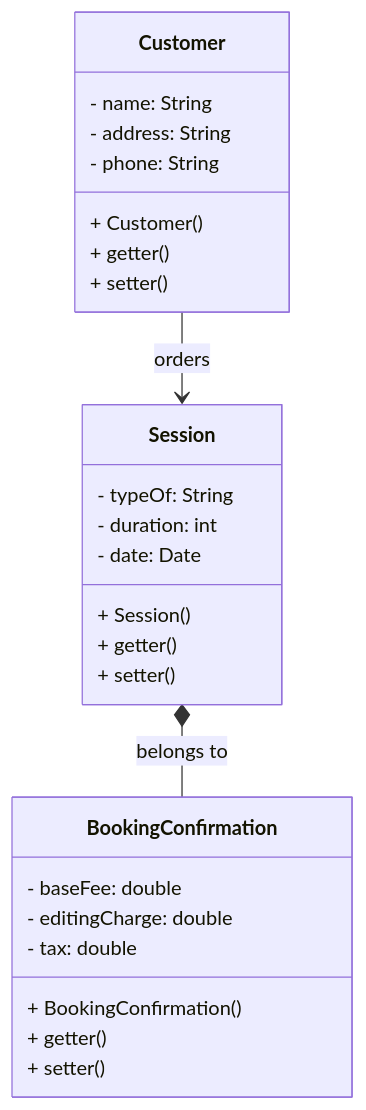
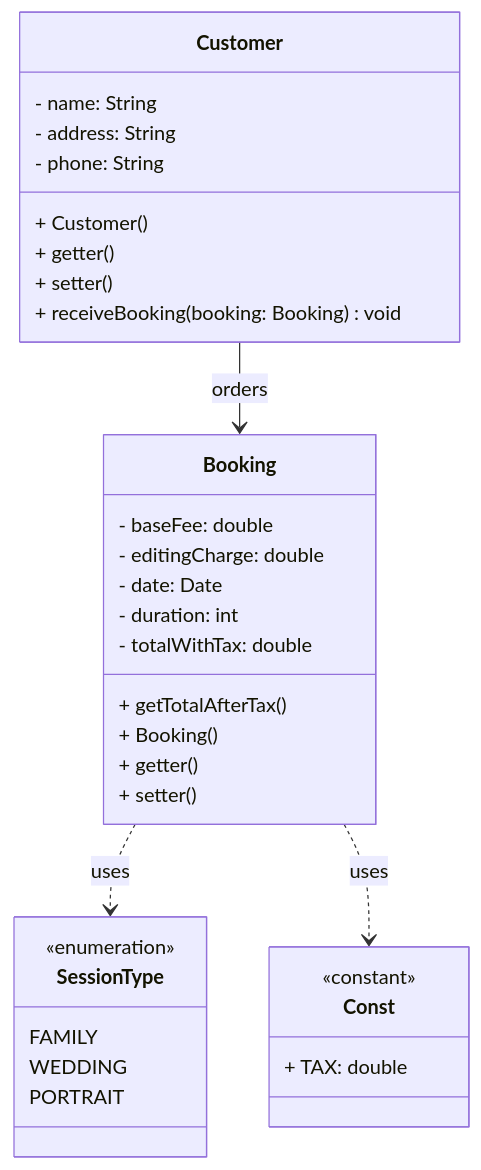
Before and after one commit to ngsang149dev/CIT-EIU: the diagram in CSE203/Lab1/Problem4/PhotographyStudio.mmd, drawn with Mermaid. The commit also changed 17 other files, not shown here.

```diff
--- a/CSE203/Lab1/Problem4/PhotographyStudio.mmd
+++ b/CSE203/Lab1/Problem4/PhotographyStudio.mmd
@@ -1,30 +1,39 @@
 classDiagram
     class Customer {
         - name: String
         - address: String
         - phone: String
         + Customer()
         + getter()
         + setter()
+        + receiveBooking(booking: Booking) void
     }
 
-    class Session {
-        - typeOf: String
+
+    class Booking {
+        - baseFee: double
+        - editingCharge: double
+        - date: Date
         - duration: int
-        - date: Date
-        + Session()
+        - totalWithTax: double
+        + getTotalAfterTax()
+        + Booking()
         + getter()
         + setter()
     }
 
-    class BookingConfirmation {
-        - baseFee: double
-        - editingCharge: double
-        - tax: double
-        + BookingConfirmation()
-        + getter()
-        + setter()
+    class Const {
+        <<constant>>
+        + TAX: double
     }
 
-    Customer --> Session: orders
-    Session *-- BookingConfirmation: belongs to
+    class SessionType {
+        <<enumeration>> 
+        FAMILY
+        WEDDING
+        PORTRAIT
+    }
+
+    Customer --> Booking: orders
+    Booking ..> SessionType: uses
+    Booking ..> Const: uses
```
